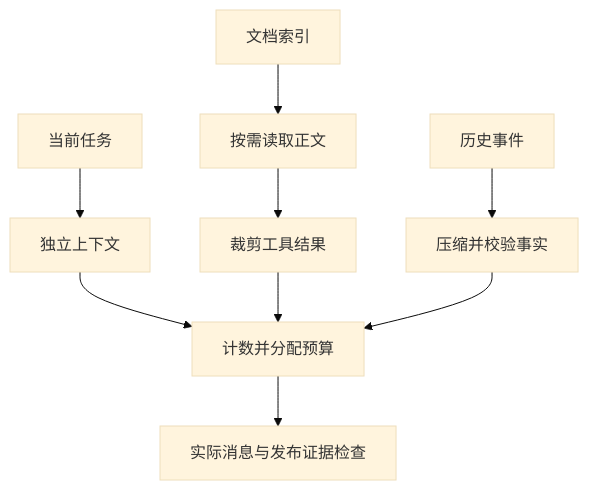
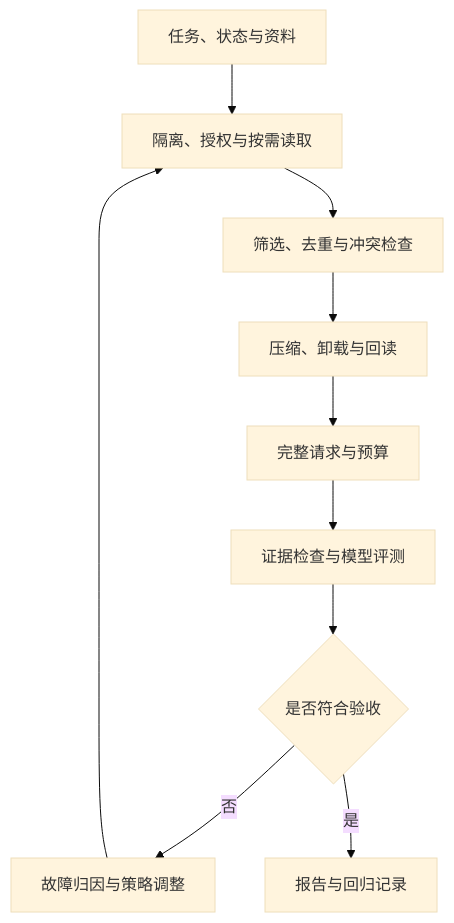
One commit to HarryYangthu/TheBestAIGuide changed the diagram in 10-Knowledge/06-context-management/README.md. Above: the diagram before and after it, drawn with Mermaid (base theme). The commit also changed other lines of this file and 40 other files, not shown here.

````diff
--- a/10-Knowledge/06-context-management/README.md
+++ b/10-Knowledge/06-context-management/README.md
@@ -5,11 +9,12 @@
 ```mermaid
 flowchart TD
-    T["当前任务"] --> I["独立上下文"]
-    D["文档索引"] --> L["按需读取正文"]
-    L --> C["裁剪工具结果"]
-    H["历史事件"] --> S["压缩并校验事实"]
-    I --> B["计数并分配预算"]
-    C --> B
-    S --> B
-    B --> R["实际消息与发布证据检查"]
+    T["任务、状态与资料"] --> I["隔离、授权与按需读取"]
+    I --> C["筛选、去重与冲突检查"]
+    C --> S["压缩、卸载与回读"]
+    S --> B["完整请求与预算"]
+    B --> R["证据检查与模型评测"]
+    R --> F{"是否符合验收"}
+    F -->|否| D["故障归因与策略调整"]
+    D --> I
+    F -->|是| A["报告与回归记录"]
 ```
````
